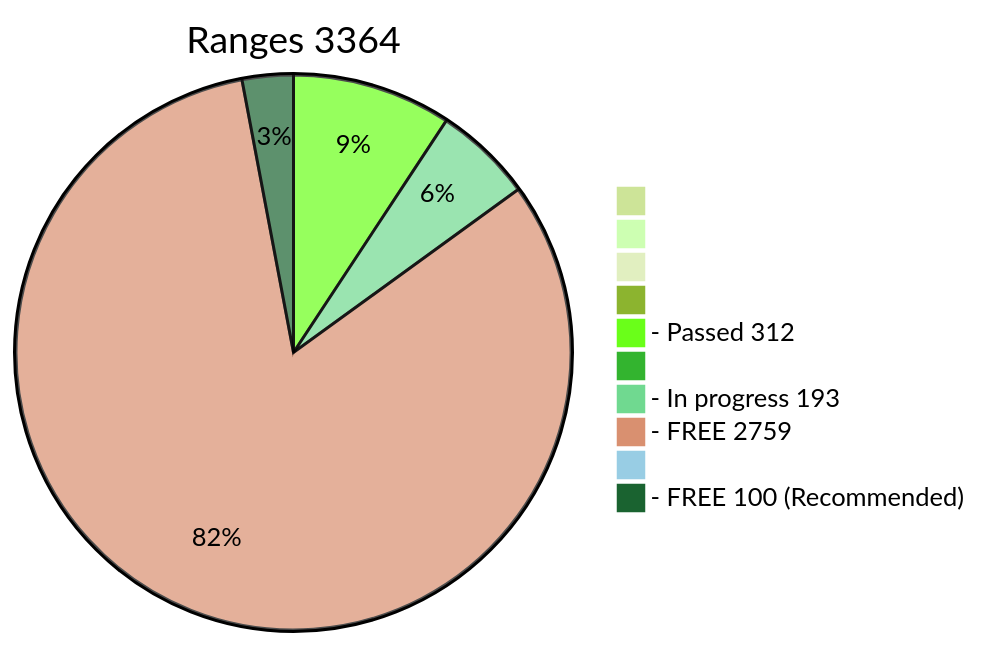
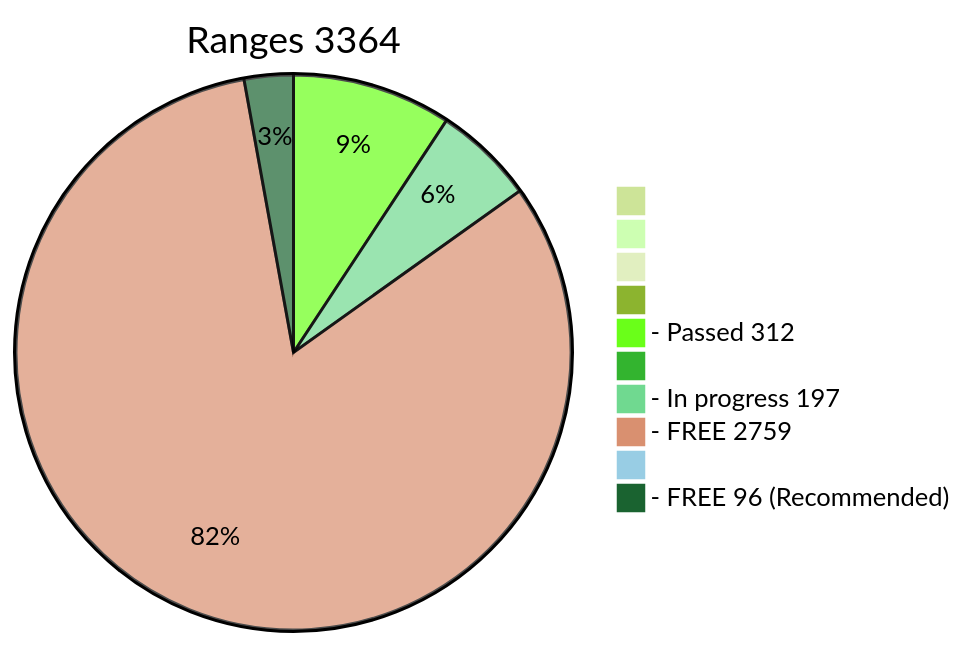
The diagram in x64/Release/table.md (phrutis/wif500), drawn with Mermaid (forest theme) before and after one commit. The commit also changed other lines of this file, not shown here.

````diff
--- a/x64/Release/table.md
+++ b/x64/Release/table.md
@@ -2,13 +2,13 @@
 ```mermaid
 pie title Ranges 3364
   " " : 0
   "  " : 0
   "   " : 0
   "    " : 0
   "- Passed 312" : 312
   "     " : 0
-  "- In progress 193" : 193
+  "- In progress 197" : 197
   "- FREE 2759" : 2759
   "      " : 0
-  "- FREE 100 (Recommended)" : 100
+  "- FREE 96 (Recommended)" : 96
 ```
````
